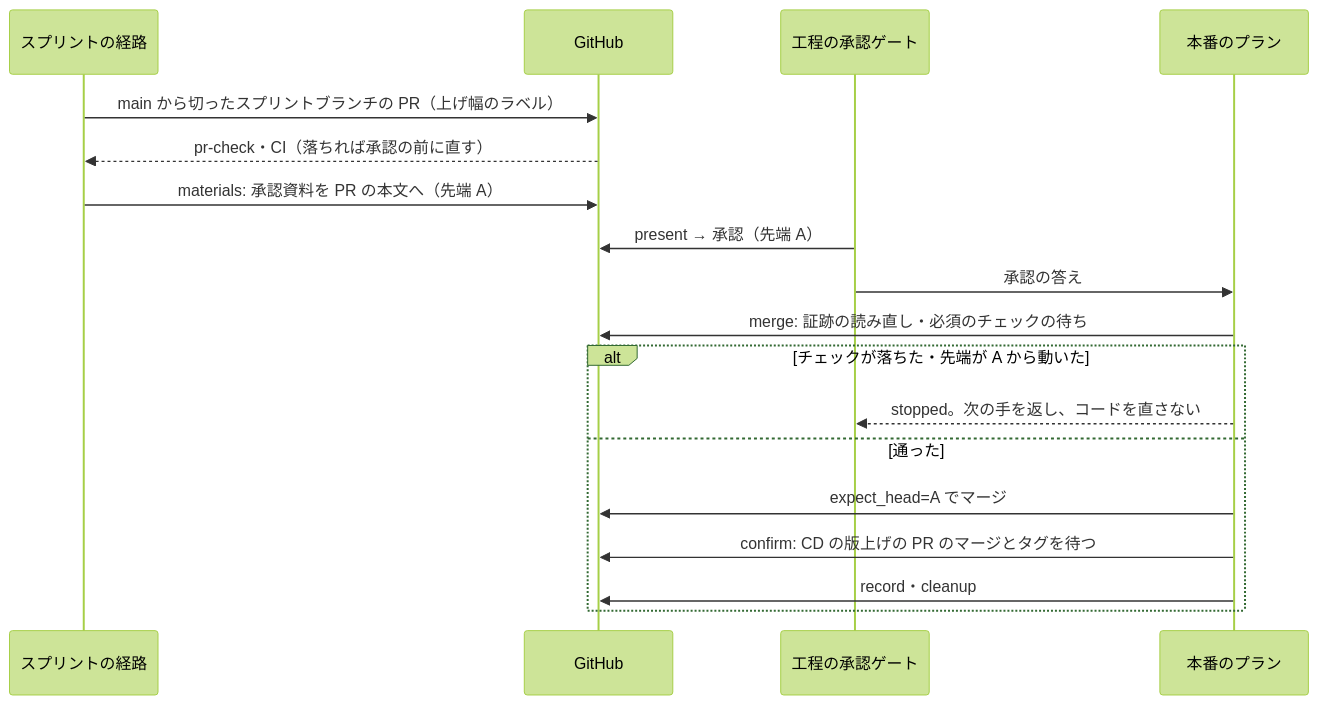
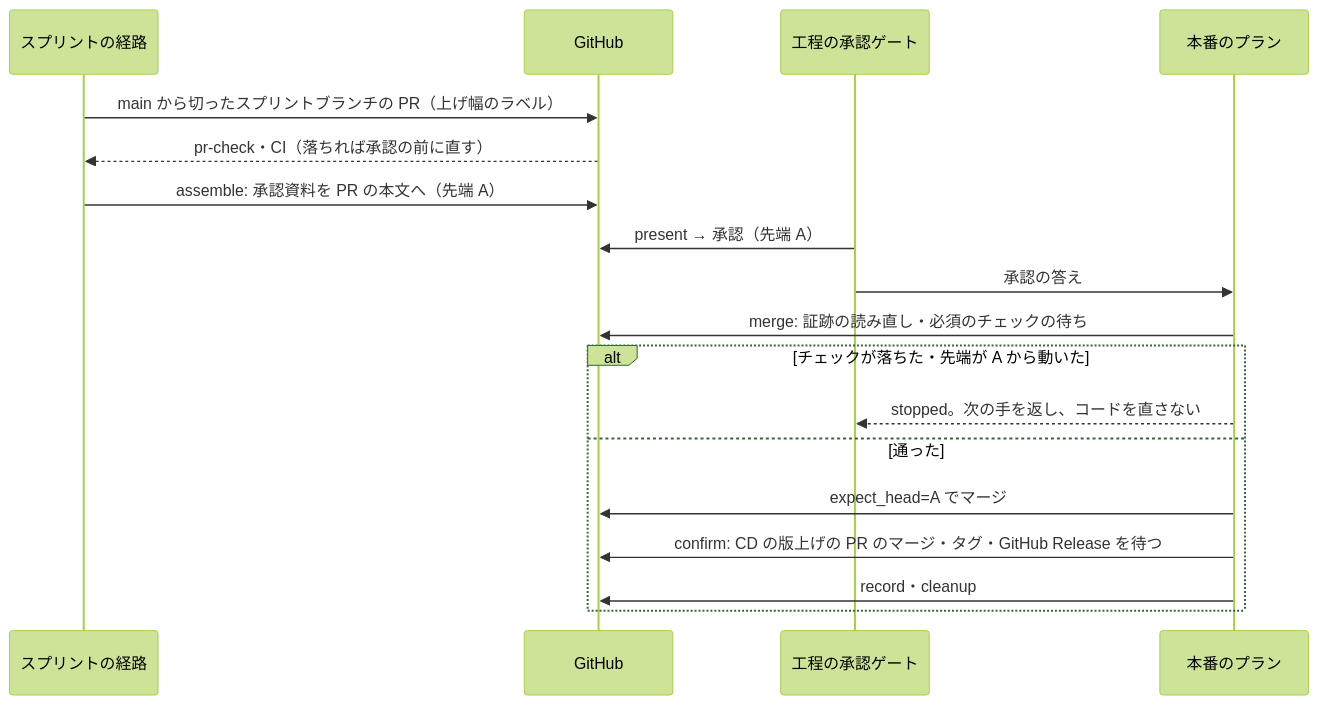
Before and after one commit to devbasex/ai-plugins: the second of 4 diagrams in issues/issue-3572-design.md, drawn with Mermaid (forest theme). The commit also changed other lines of this file and 6 other files, not shown here.

````diff
--- a/issues/issue-3572-design.md
+++ b/issues/issue-3572-design.md
@@ -341,20 +350,20 @@
 ```mermaid
 sequenceDiagram
     participant S as スプリントの経路
     participant H as GitHub
     participant G as 工程の承認ゲート
     participant P as 本番のプラン
     S->>H: main から切ったスプリントブランチの PR（上げ幅のラベル）
     H-->>S: pr-check・CI（落ちれば承認の前に直す）
-    S->>H: materials: 承認資料を PR の本文へ（先端 A）
+    S->>H: assemble: 承認資料を PR の本文へ（先端 A）
     G->>H: present → 承認（先端 A）
     G->>P: 承認の答え
     P->>H: merge: 証跡の読み直し・必須のチェックの待ち
     alt チェックが落ちた・先端が A から動いた
         P-->>G: stopped。次の手を返し、コードを直さない
     else 通った
         P->>H: expect_head=A でマージ
-        P->>H: confirm: CD の版上げの PR のマージとタグを待つ
+        P->>H: confirm: CD の版上げの PR のマージ・タグ・GitHub Release を待つ
         P->>H: record・cleanup
     end
 ```
````
